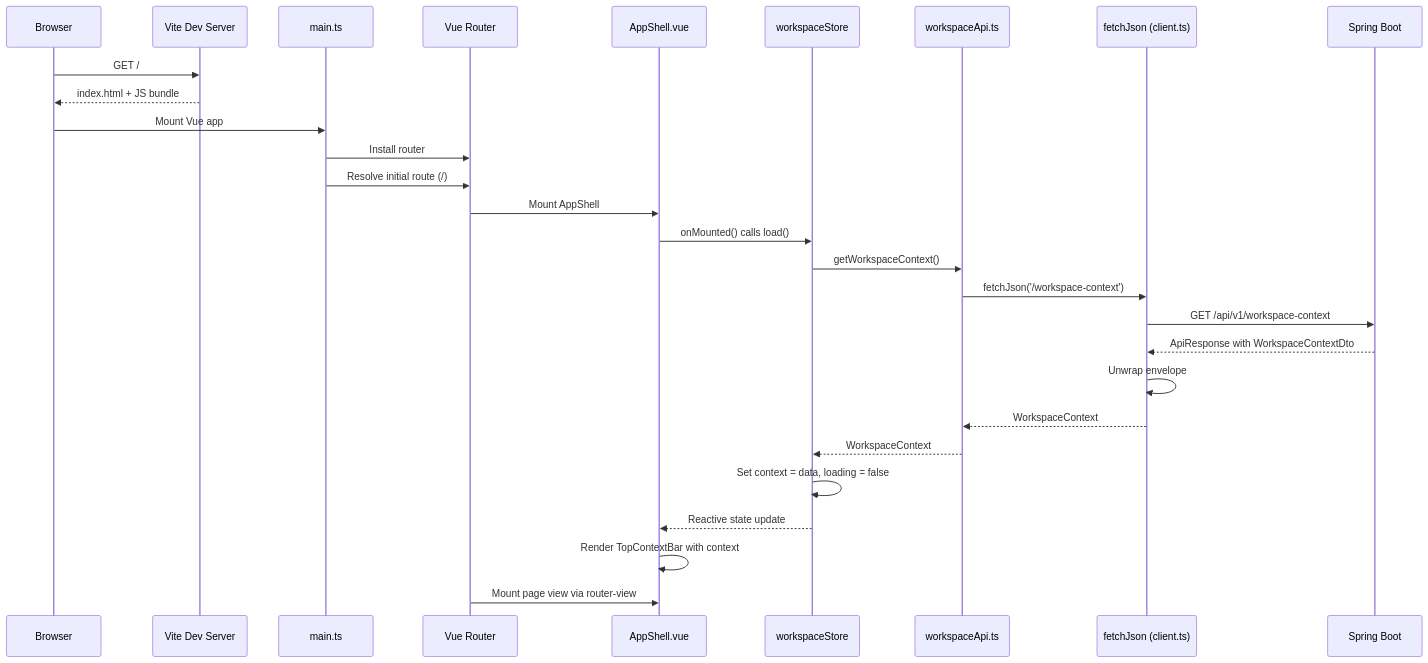
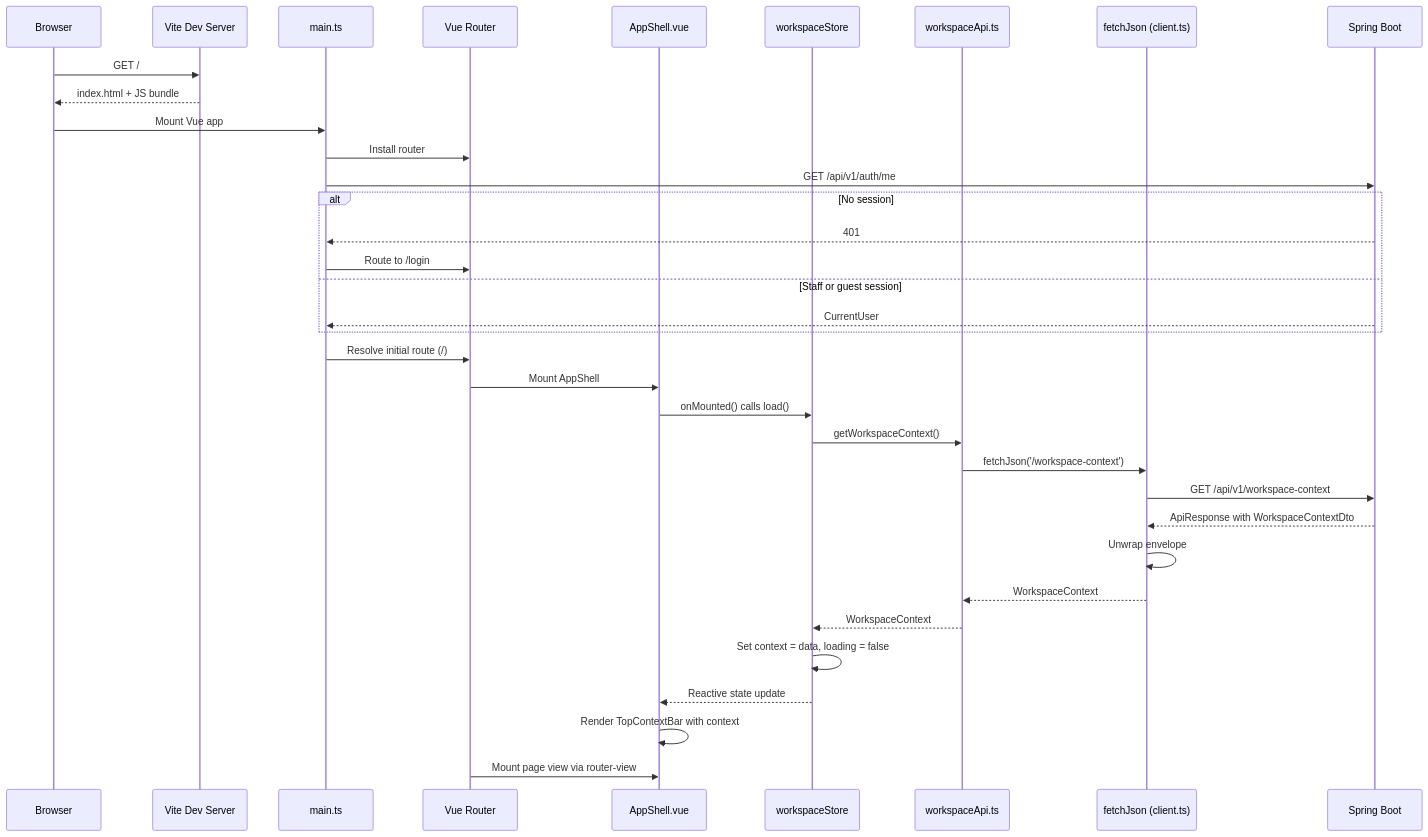
One commit to wwa-lab/Agentic-SDLC-Control-Tower changed the first of 14 diagrams in docs/04-architecture/shared-app-shell-data-flow.md. Above: the diagram before and after it, drawn with Mermaid. The commit also changed other lines of this file and 88 other files, not shown here.

````diff
--- a/docs/04-architecture/shared-app-shell-data-flow.md
+++ b/docs/04-architecture/shared-app-shell-data-flow.md
@@ -19,31 +19,38 @@
 ```mermaid
 sequenceDiagram
     participant Browser
     participant Vite as Vite Dev Server
     participant App as main.ts
     participant Router as Vue Router
     participant Shell as AppShell.vue
     participant WS as workspaceStore
     participant API as workspaceApi.ts
     participant Client as fetchJson (client.ts)
     participant Backend as Spring Boot
 
     Browser->>Vite: GET /
     Vite-->>Browser: index.html + JS bundle
     Browser->>App: Mount Vue app
     App->>Router: Install router
+    App->>Backend: GET /api/v1/auth/me
+    alt No session
+        Backend-->>App: 401
+        App->>Router: Route to /login
+    else Staff or guest session
+        Backend-->>App: CurrentUser
+    end
     App->>Router: Resolve initial route (/)
     Router->>Shell: Mount AppShell
     Shell->>WS: onMounted() calls load()
     WS->>API: getWorkspaceContext()
     API->>Client: fetchJson('/workspace-context')
     Client->>Backend: GET /api/v1/workspace-context
     Backend-->>Client: ApiResponse with WorkspaceContextDto
     Client->>Client: Unwrap envelope
     Client-->>API: WorkspaceContext
     API-->>WS: WorkspaceContext
     WS->>WS: Set context = data, loading = false
     WS-->>Shell: Reactive state update
     Shell->>Shell: Render TopContextBar with context
     Router->>Shell: Mount page view via router-view
 ```
````
